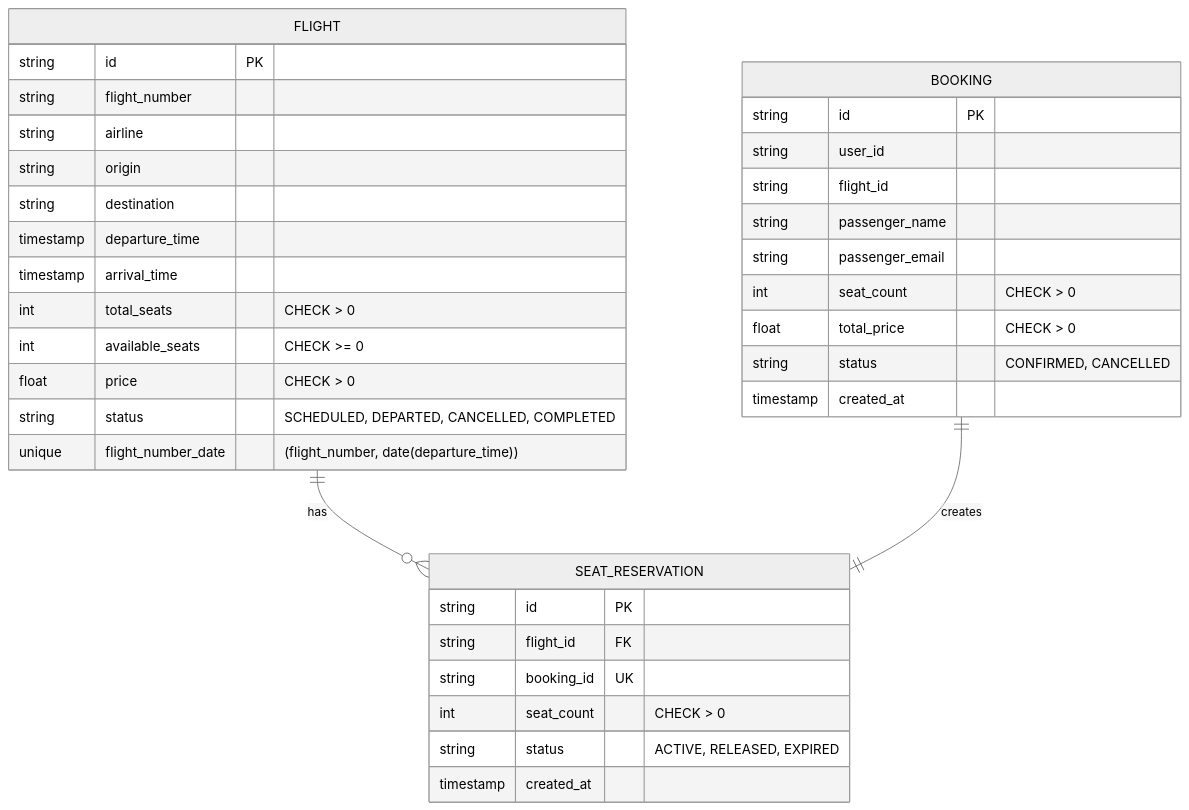
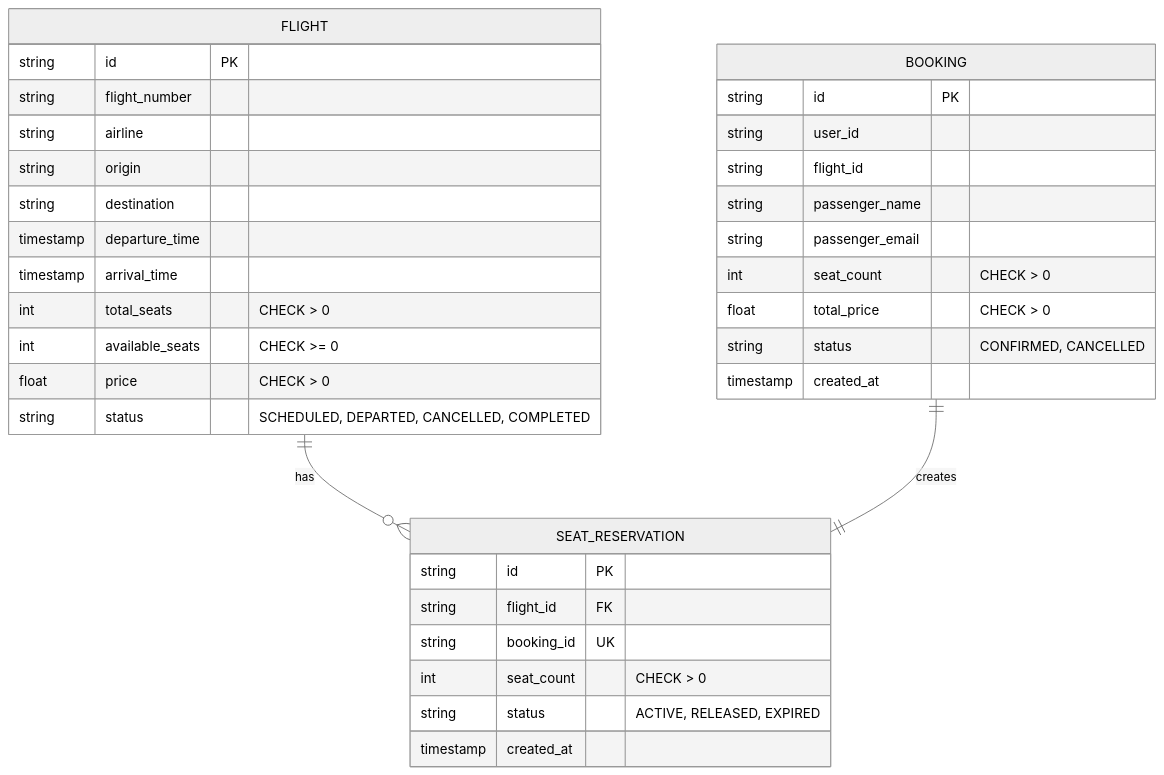
Before and after one commit to AndreySt2006/SOA_homeworks: the diagram in flight-booking-system/er_diagram.md, drawn with Mermaid (neutral theme).

Commit message:
Update ER diagram

````diff
--- a/flight-booking-system/er_diagram.md
+++ b/flight-booking-system/er_diagram.md
@@ -3,41 +3,40 @@
 ```mermaid
 erDiagram
     FLIGHT ||--o{ SEAT_RESERVATION : has
     BOOKING ||--|| SEAT_RESERVATION : creates
 
     FLIGHT {
         string id PK
         string flight_number
         string airline
         string origin
         string destination
         timestamp departure_time
         timestamp arrival_time
         int total_seats "CHECK > 0"
         int available_seats "CHECK >= 0"
         float price "CHECK > 0"
         string status "SCHEDULED, DEPARTED, CANCELLED, COMPLETED"
-        unique flight_number_date "(flight_number, date(departure_time))"
     }
 
     SEAT_RESERVATION {
         string id PK
         string flight_id FK
         string booking_id UK
         int seat_count "CHECK > 0"
         string status "ACTIVE, RELEASED, EXPIRED"
         timestamp created_at
     }
 
     BOOKING {
         string id PK
         string user_id
         string flight_id
         string passenger_name
         string passenger_email
         int seat_count "CHECK > 0"
         float total_price "CHECK > 0"
         string status "CONFIRMED, CANCELLED"
         timestamp created_at
     }
 ```
````
